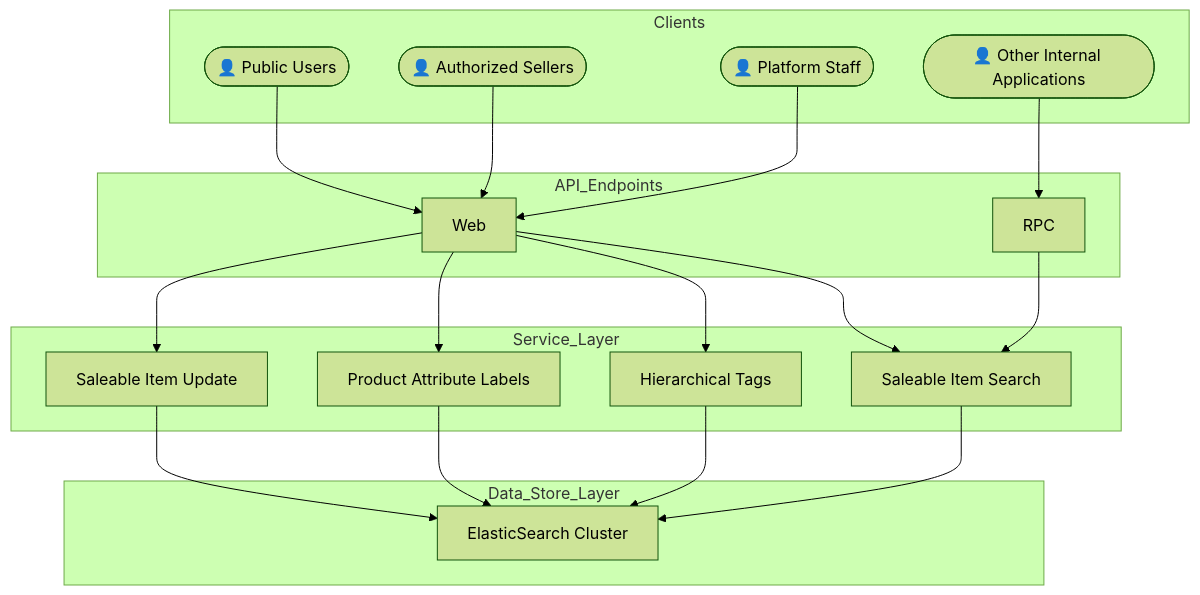
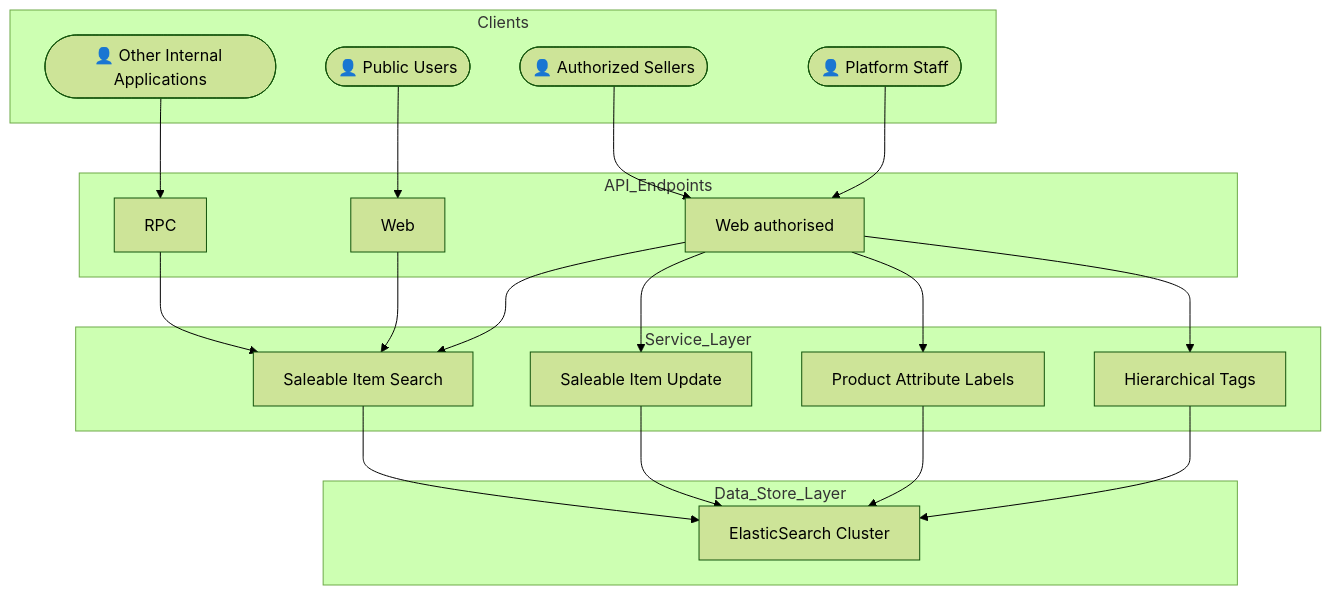
The diagram in services/product/v2/README.md (metalalive/e_commerce), drawn with Mermaid (forest theme) before and after one commit. The commit also changed other lines of this file and 1 other file, not shown here.

Commit message:
[product][storefront] doc : update README with brief design description

````diff
--- a/services/product/v2/README.md
+++ b/services/product/v2/README.md
@@ -24,48 +24,50 @@
 ```mermaid
 flowchart TD
     %% Clients subgraph with human icons
     subgraph Clients
+      OIA(["👤 Other Internal Applications"])
       PU(["👤 Public Users"])
       AS(["👤 Authorized Sellers"])
       PS(["👤 Platform Staff"])
-      OIA(["👤 Other Internal Applications"])
     end
 
     %% API Endpoints subgraph with only two nodes: Web and RPC
     subgraph API_Endpoints
+      RPC[RPC]
       WEB[Web]
-      RPC[RPC]
+      WEBAUTH[Web authorised]
     end
 
     %% Service Layer subgraph with separated Saleable Item services
     subgraph Service_Layer
+      SIS[Saleable Item Search]
       SIU[Saleable Item Update]
-      SIS[Saleable Item Search]
       PAL[Product Attribute Labels]
       HT[Hierarchical Tags]
     end
 
     %% Data Store Layer subgraph
     subgraph Data_Store_Layer
       ES[ElasticSearch Cluster]
     end
 
     %% Connections from Clients to API Endpoints
     PU --> WEB
-    AS --> WEB
-    PS --> WEB
+    AS --> WEBAUTH
+    PS --> WEBAUTH
     OIA --> RPC
 
     %% Connections from API Endpoints to Service Layer
-    WEB --> SIU
-    WEB --> PAL
-    WEB --> HT
     WEB --> SIS
+    WEBAUTH --> SIS
+    WEBAUTH --> SIU
+    WEBAUTH --> PAL
+    WEBAUTH --> HT
     RPC --> SIS
 
     %% Connections from Service Layer to Data Store Layer
     SIU --> ES
     SIS --> ES
     PAL --> ES
     HT --> ES
 ```
````
